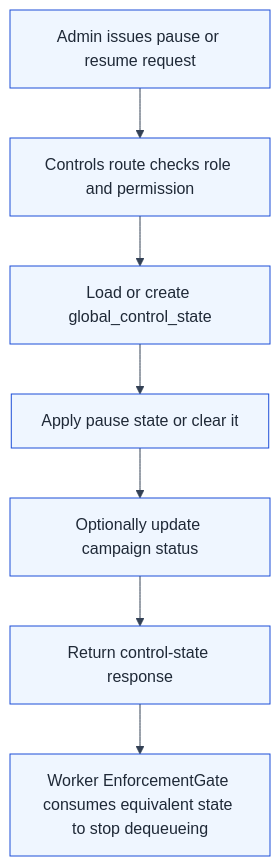
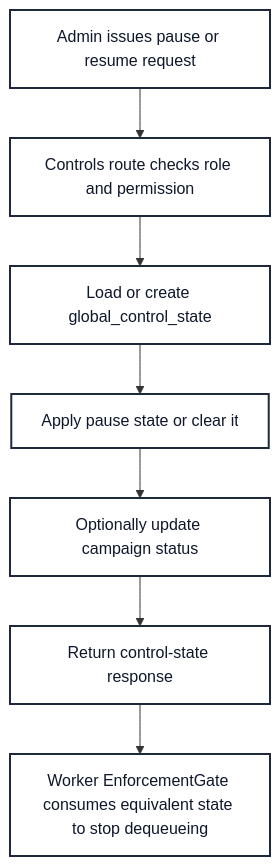
One commit to karthikrchandran/SignalLoop changed the seventh of 12 diagrams in docs/architecture/process-flows.md. Above: the diagram before and after it, drawn with Mermaid. The commit also changed other lines of this file and 27 other files, not shown here.

Commit message:
docs: update documentation, sales materials, and diagrams for latest platform developments

````diff
--- a/docs/architecture/process-flows.md
+++ b/docs/architecture/process-flows.md
@@ -172,10 +215,11 @@
 ```mermaid
-%%{init: {"theme": "base", "themeVariables": {"primaryColor": "#EFF6FF", "primaryTextColor": "#1F2937", "primaryBorderColor": "#1D4ED8", "lineColor": "#334155", "secondaryColor": "#F3F4F6", "secondaryTextColor": "#1F2937", "tertiaryColor": "#DBEAFE", "tertiaryTextColor": "#1E3A8A", "background": "#F9FAFB", "clusterBkg": "#FFFFFF", "clusterBorder": "#BFDBFE", "fontFamily": "Inter, Segoe UI, sans-serif"}}}%%
 flowchart TD
+    classDef default fill:#ffffff,stroke:#1e293b,stroke-width:2px,color:#0f172a;
+
     A["Admin issues pause or resume request"] --> B["Controls route checks role and permission"]
     B --> C["Load or create global_control_state"]
     C --> D["Apply pause state or clear it"]
     D --> E["Optionally update campaign status"]
     E --> F["Return control-state response"]
     F --> G["Worker EnforcementGate consumes equivalent state to stop dequeueing"]
 ```
````
